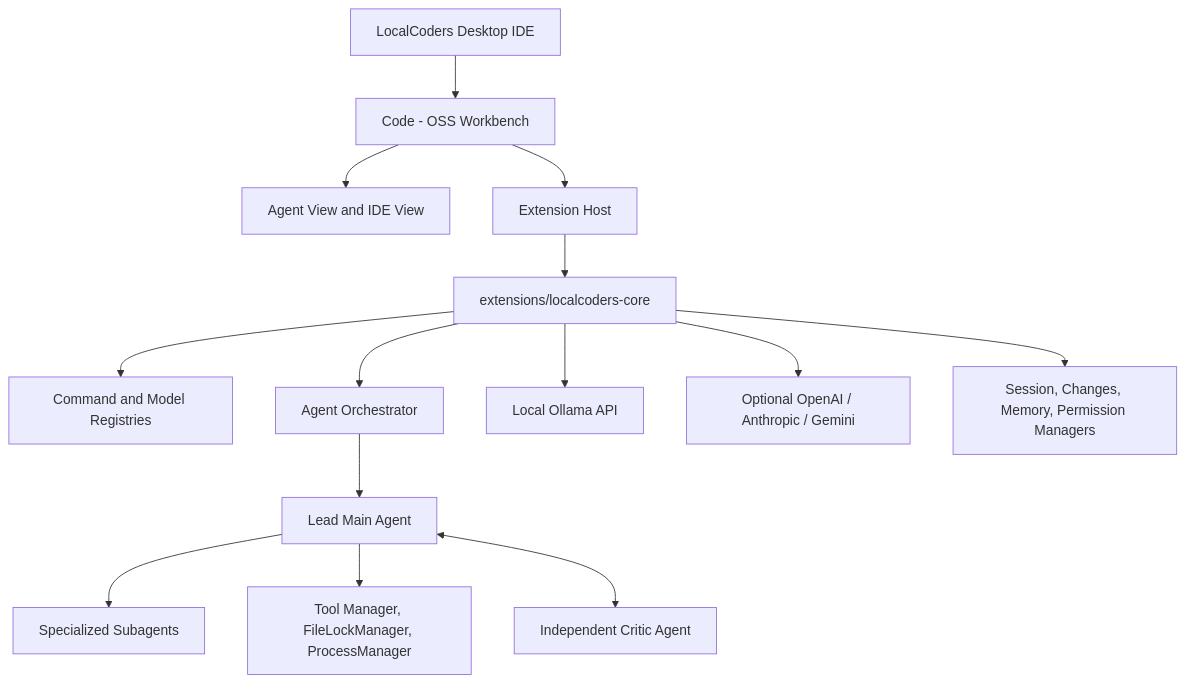
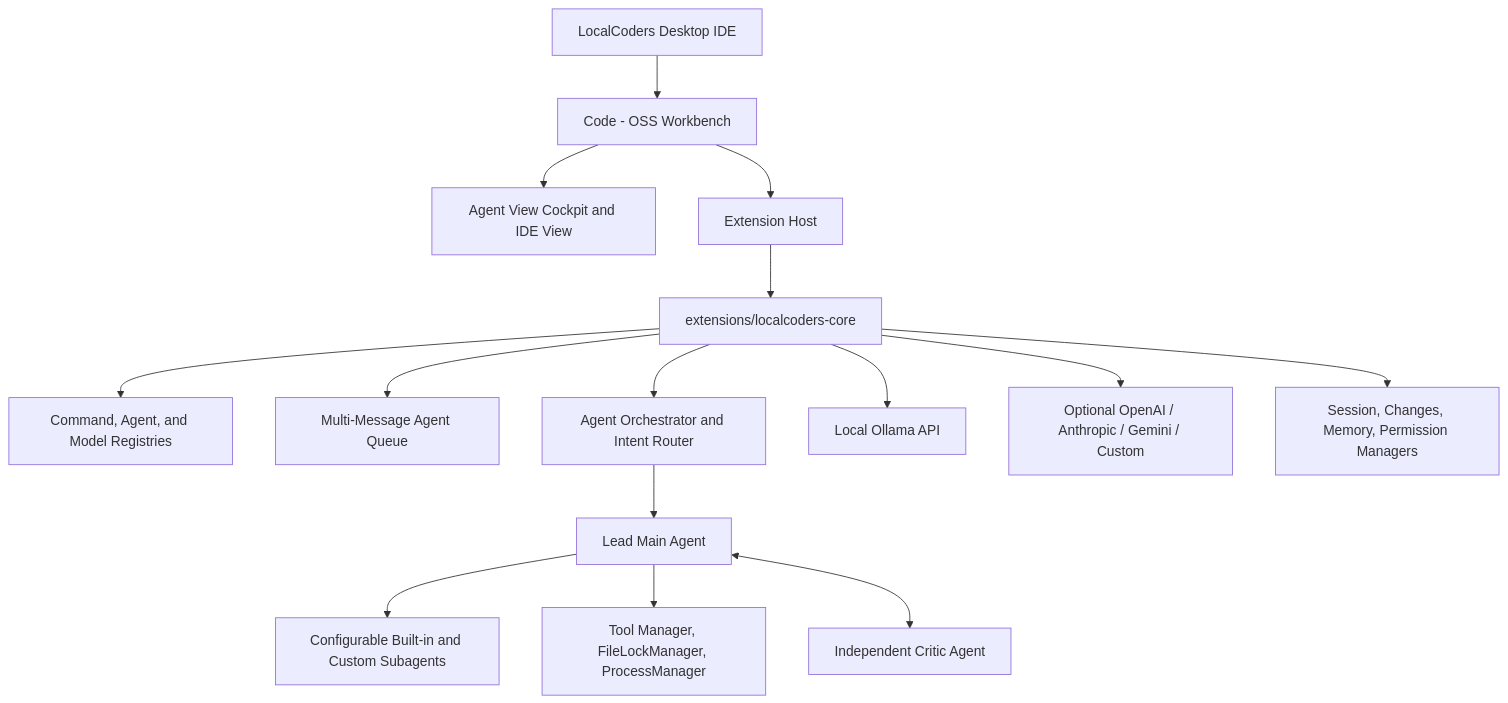
Before and after one commit to luongjuan123/LocalCoders: the diagram in README.md, drawn with Mermaid. The commit also changed other lines of this file and 34 other files, not shown here.

Commit message:
feat(localcoders): message queue, execute-only & intent routing, configurable subagents, unlimited critic cycles, clean UI & README

````diff
--- a/README.md
+++ b/README.md
@@ -28,19 +34,20 @@
 ```mermaid
 graph TD
     App[LocalCoders Desktop IDE] --> WB[Code - OSS Workbench]
-    WB --> Editor[Agent View and IDE View]
+    WB --> Views[Agent View Cockpit and IDE View]
     WB --> ExtHost[Extension Host]
 
     ExtHost --> Core[extensions/localcoders-core]
-    Core --> Registry[Command and Model Registries]
-    Core --> Orchestrator[Agent Orchestrator]
+    Core --> Registry[Command, Agent, and Model Registries]
+    Core --> Queue[Multi-Message Agent Queue]
+    Core --> Orchestrator[Agent Orchestrator and Intent Router]
 
     Orchestrator --> MainAgent[Lead Main Agent]
-    MainAgent --> Subagents[Specialized Subagents]
+    MainAgent --> Subagents[Configurable Built-in and Custom Subagents]
     MainAgent --> Tools[Tool Manager, FileLockManager, ProcessManager]
     MainAgent <--> Critic[Independent Critic Agent]
 
     Core --> Ollama[Local Ollama API]
-    Core --> Cloud[Optional OpenAI / Anthropic / Gemini]
+    Core --> Cloud[Optional OpenAI / Anthropic / Gemini / Custom]
     Core --> State[Session, Changes, Memory, Permission Managers]
 ```
````
